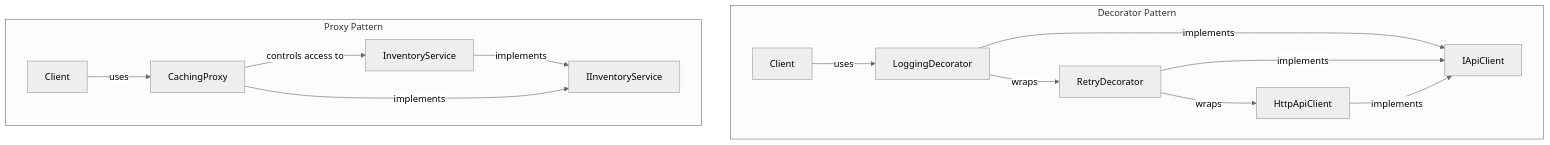
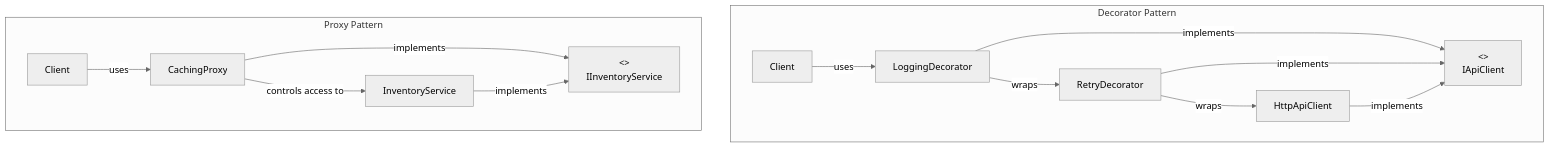
One commit to senapatisantosh/DotnetAdvanceDesignPattern changed the third of 12 diagrams in docs/comparison-maps.md. Above: the diagram before and after it, drawn with Mermaid (neutral theme). The commit also changed other lines of this file and 1 other file, not shown here.

````diff
--- a/docs/comparison-maps.md
+++ b/docs/comparison-maps.md
@@ -137,20 +154,18 @@
 ```mermaid
 graph TD
     subgraph "Decorator Pattern"
-        D_Interface[IApiClient]
-        D_Real[HttpApiClient] -->|implements| D_Interface
-        D_Logging[LoggingDecorator] -->|implements| D_Interface
-        D_Retry[RetryDecorator] -->|implements| D_Interface
-        D_Logging -->|wraps| D_Retry
-        D_Retry -->|wraps| D_Real
-        D_Client[Client] -->|uses| D_Logging
+        D_Client[Client] -->|uses| D_Logging[LoggingDecorator]
+        D_Logging -->|wraps| D_Retry[RetryDecorator]
+        D_Retry -->|wraps| D_Real[HttpApiClient]
+        D_Logging -->|implements| D_Interface["<<interface>><br/>IApiClient"]
+        D_Retry -->|implements| D_Interface
+        D_Real -->|implements| D_Interface
     end
 
     subgraph "Proxy Pattern"
-        P_Interface[IInventoryService]
-        P_Real[InventoryService] -->|implements| P_Interface
-        P_Proxy[CachingProxy] -->|implements| P_Interface
-        P_Proxy -->|controls access to| P_Real
-        P_Client[Client] -->|uses| P_Proxy
+        P_Client[Client] -->|uses| P_Proxy[CachingProxy]
+        P_Proxy -->|controls access to| P_Real[InventoryService]
+        P_Proxy -->|implements| P_Interface["<<interface>><br/>IInventoryService"]
+        P_Real -->|implements| P_Interface
     end
 ```
````
